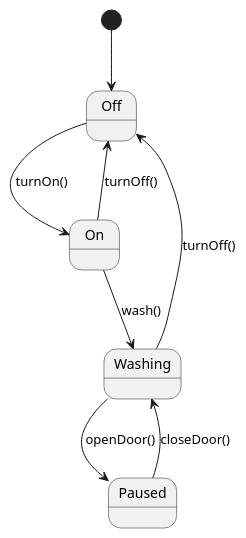
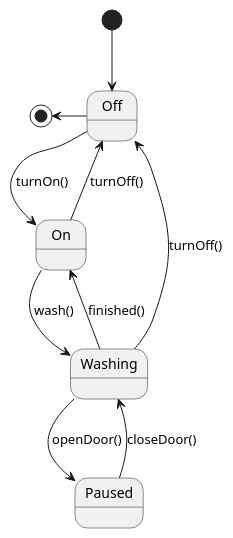
The first of 2 diagrams in doc/plantuml/state.puml (familyboateaf4v/doubleSlashde9), drawn with PlantUML before and after one commit. The commit also changed other lines of this file and 7 other files, not shown here.

Commit message:
Added/updated code skeleton, JUnit test and UML diagrams for State design pattern.

```diff
--- a/doc/plantuml/state.puml
+++ b/doc/plantuml/state.puml
@@ -1,11 +1,13 @@
 @startuml
 
-[*] --> Off
-Off --> On : turnOn()
+[*] -down-> Off
+Off -right-> On : turnOn()
 On --> Off : turnOff()
+Washing --> On : finished()
 On --> Washing  : wash()
 Washing --> Paused : openDoor()
 Paused --> Washing : closeDoor()
 Washing --> Off : turnOff()
+Off -left-> [*]
 
 @enduml
```
